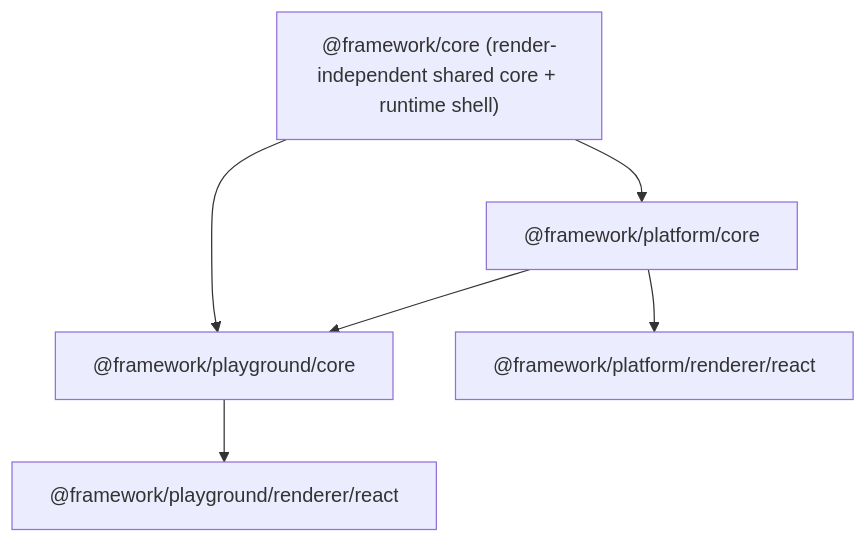
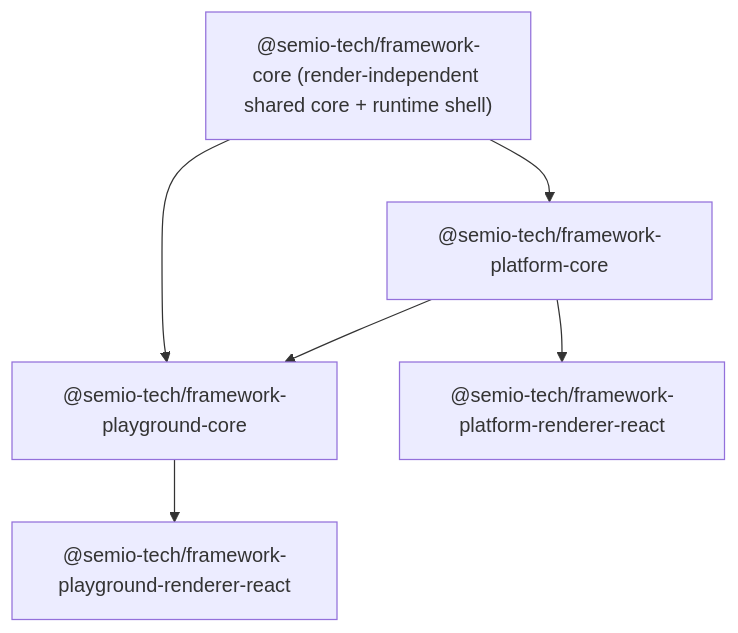
One commit to usalu/semio changed the diagram in .cursor/plans/framework_core_abstraction_9427fd48.plan.md. Above: the diagram before and after it, drawn with Mermaid. The commit also changed other lines of this file and 1282 other files, not shown here.

````diff
--- a/.cursor/plans/framework_core_abstraction_9427fd48.plan.md
+++ b/.cursor/plans/framework_core_abstraction_9427fd48.plan.md
@@ -50,13 +50,13 @@
 ```mermaid
 graph TD
-  core["@framework/core (render-independent shared core + runtime shell)"]
-  pcore["@framework/platform/core"]
-  gcore["@framework/playground/core"]
-  preact["@framework/platform/renderer/react"]
-  greact["@framework/playground/renderer/react"]
+  core["@semio-tech/framework-core (render-independent shared core + runtime shell)"]
+  pcore["@semio-tech/framework-platform-core"]
+  gcore["@semio-tech/framework-playground-core"]
+  preact["@semio-tech/framework-platform-renderer-react"]
+  greact["@semio-tech/framework-playground-renderer-react"]
   core --> pcore
   core --> gcore
   pcore --> gcore
   pcore --> preact
   gcore --> greact
 ```
````
